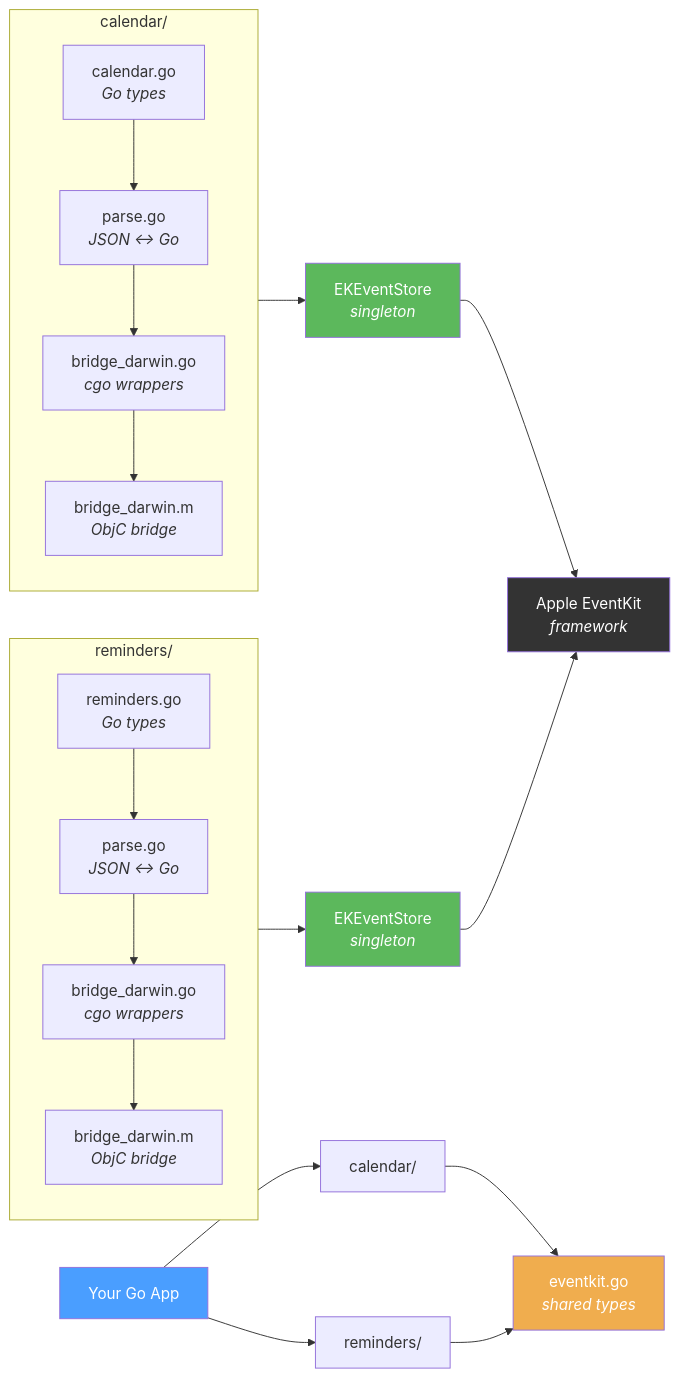
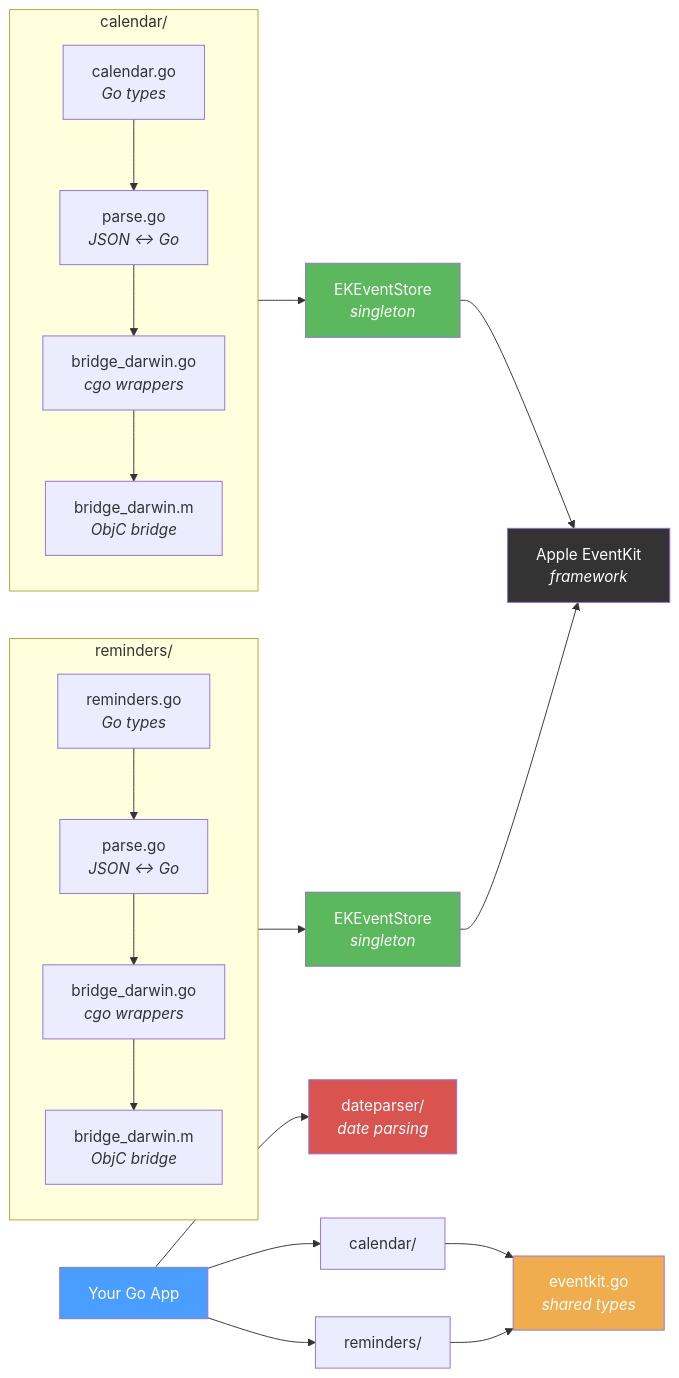
Before and after one commit to BRO3886/go-eventkit: the diagram in README.md, drawn with Mermaid. The commit also changed other lines of this file and 1 other file, not shown here.

Commit message:
docs: add dateparser package to README, CLAUDE.md, and architecture diagram

````diff
--- a/README.md
+++ b/README.md
@@ -298,36 +345,38 @@
 ```mermaid
 graph LR
     App["Your Go App"] --> Cal["calendar/"]
     App --> Rem["reminders/"]
+    App --> DP["dateparser/<br/><i>date parsing</i>"]
     Cal --> EK["eventkit.go<br/><i>shared types</i>"]
     Rem --> EK
 
     subgraph "calendar/"
         direction TB
         CalGo["calendar.go<br/><i>Go types</i>"]
         CalParse["parse.go<br/><i>JSON ↔ Go</i>"]
         CalBridge["bridge_darwin.go<br/><i>cgo wrappers</i>"]
         CalObjC["bridge_darwin.m<br/><i>ObjC bridge</i>"]
         CalGo --> CalParse --> CalBridge --> CalObjC
     end
 
     subgraph "reminders/"
         direction TB
         RemGo["reminders.go<br/><i>Go types</i>"]
         RemParse["parse.go<br/><i>JSON ↔ Go</i>"]
         RemBridge["bridge_darwin.go<br/><i>cgo wrappers</i>"]
         RemObjC["bridge_darwin.m<br/><i>ObjC bridge</i>"]
         RemGo --> RemParse --> RemBridge --> RemObjC
     end
 
     CalObjC --> EKStore1["EKEventStore<br/><i>singleton</i>"]
     RemObjC --> EKStore2["EKEventStore<br/><i>singleton</i>"]
     EKStore1 --> EventKit["Apple EventKit<br/><i>framework</i>"]
     EKStore2 --> EventKit
 
     style App fill:#4a9eff,color:#fff
     style EventKit fill:#333,color:#fff
     style EK fill:#f0ad4e,color:#fff
     style EKStore1 fill:#5cb85c,color:#fff
     style EKStore2 fill:#5cb85c,color:#fff
+    style DP fill:#d9534f,color:#fff
 ```
````
